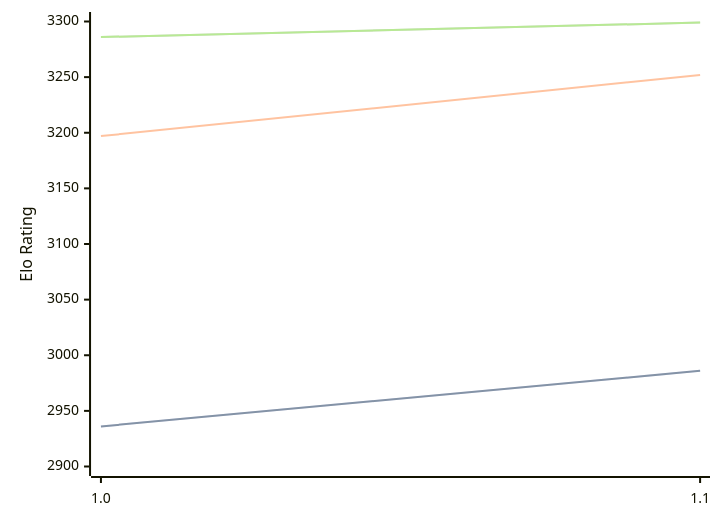
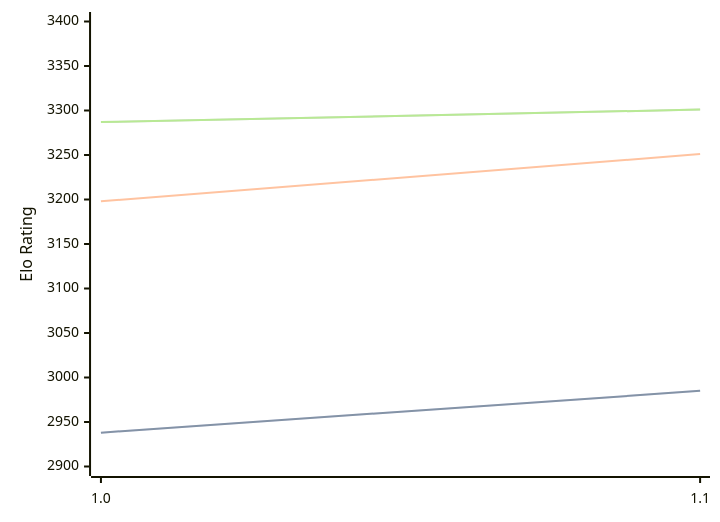
The diagram in engines/RodentV.md (computer-chess-index/cci), drawn with Mermaid before and after one commit. The commit also changed other lines of this file, not shown here.

Commit message:
Update CCI Ratings (ELO VLTC) - 2026-09-14

````diff
--- a/engines/RodentV.md
+++ b/engines/RodentV.md
@@ -33,11 +33,11 @@
 ```mermaid
 %%{init: {"theme":"base","themeVariables":{"seriesColors:['#a3a3a3','#222221','#faa371']}}}%%
 xychart-beta
   x-axis ["1.0", "1.1"]
-  y-axis "Elo Rating" 2900 --> 3300
-  line "" [2936, 2986]
-  line "STC (8.0+0.08s)" [2936, 2986]
-  line "LTC (60.0+0.60s)" [3197, 3252]
-  line "" [3286, 3299]
-  line "VLTC (2m24s+1.12s)" [3286, 3299]
+  y-axis "Elo Rating" 2900 --> 3400
+  line "" [2938, 2985]
+  line "STC (8.0+0.08s)" [2938, 2985]
+  line "LTC (60.0+0.60s)" [3198, 3251]
+  line "" [3287, 3301]
+  line "VLTC (2m24s+1.12s)" [3287, 3301]
 ```
````
